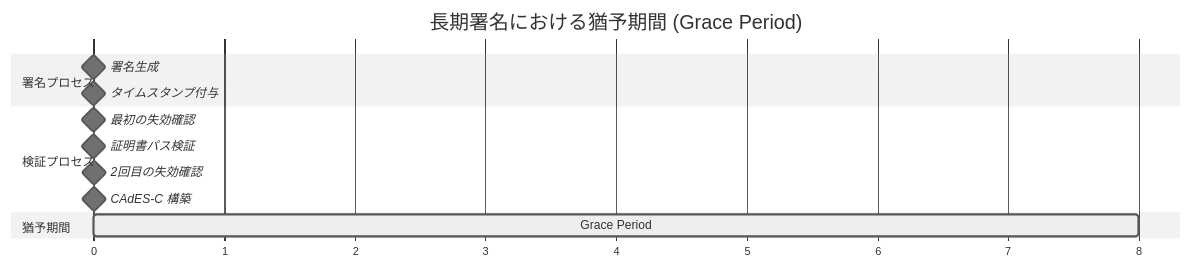
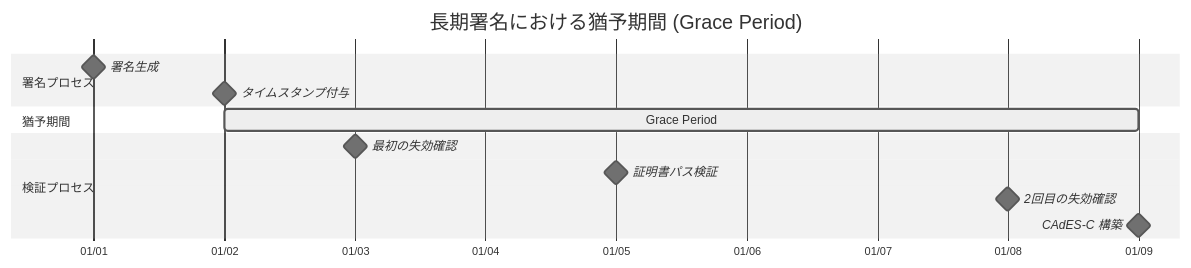
Before and after one commit to shuji-bonji/Notes-about-Digital-Signatures-and-Timestamps: the first of 2 diagrams in LongTermSignature.md, drawn with Mermaid (neutral theme).

Commit message:
fix: 猶予期間 (Grace Period) の図の改善

````diff
--- a/LongTermSignature.md
+++ b/LongTermSignature.md
@@ -264,19 +264,19 @@
 ```mermaid
 gantt
     title 長期署名における猶予期間 (Grace Period)
-    dateFormat X
-    axisFormat %s
+    dateFormat YYYY-MM-DD
+    axisFormat %m/%d
 
     section 署名プロセス
-    署名生成           :milestone, m1, 0, 0
-    タイムスタンプ付与  :milestone, m2, 1, 0
+    署名生成           :milestone, m1, 2024-01-01, 0d
+    タイムスタンプ付与  :milestone, m2, 2024-01-02, 0d
+
+    section 猶予期間
+    Grace Period       :active, gp, 2024-01-02, 7d
 
     section 検証プロセス
-    最初の失効確認      :milestone, m3, 2, 0
-    証明書パス検証      :milestone, m4, 3, 0
-    2回目の失効確認     :milestone, m5, 7, 0
-    CAdES-C 構築       :milestone, m6, 8, 0
-
-    section 猶予期間
-    Grace Period       :active, gp, 1, 8
+    最初の失効確認      :milestone, m3, 2024-01-03, 0d
+    証明書パス検証      :milestone, m4, 2024-01-05, 0d
+    2回目の失効確認     :milestone, m5, 2024-01-08, 0d
+    CAdES-C 構築       :milestone, m6, 2024-01-09, 0d
 ```
````
